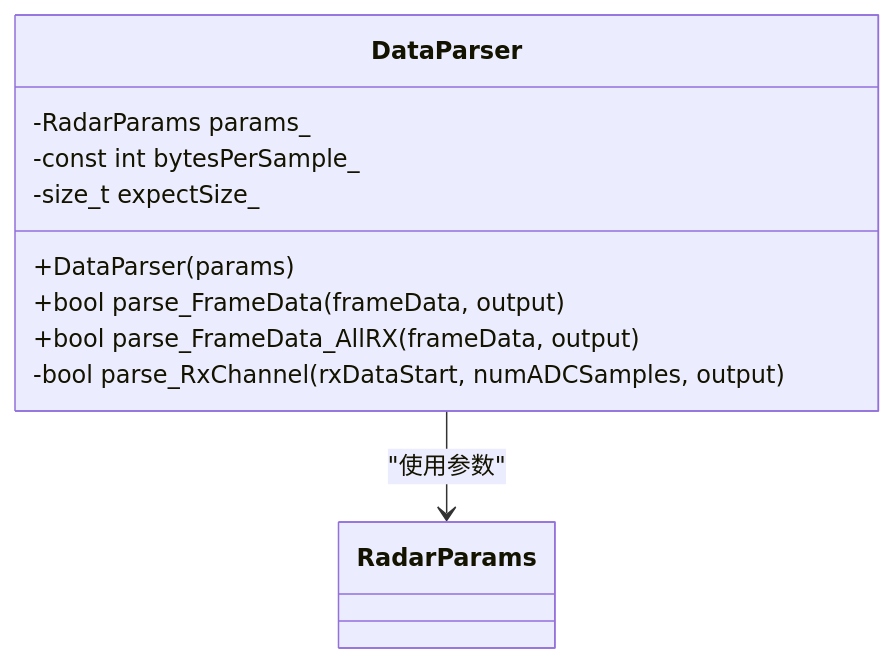
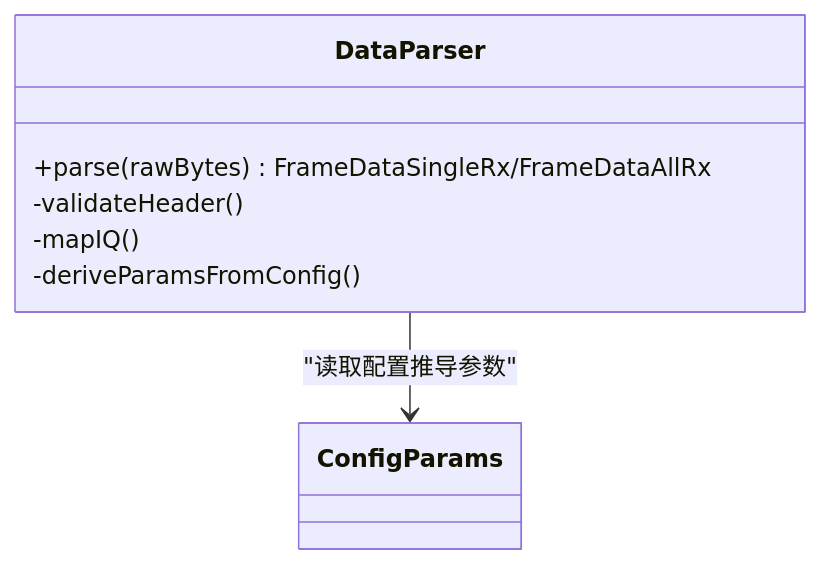
Before and after one commit to Lukad77/awr1843-radar-toolkit: the fifth of 7 diagrams in .qoder/repowiki/zh/content/实时处理流水线与数据流.md, drawn with Mermaid. The commit also changed other lines of this file and 106 other files, not shown here.

````diff
--- a/.qoder/repowiki/zh/content/实时处理流水线与数据流.md
+++ b/.qoder/repowiki/zh/content/实时处理流水线与数据流.md
@@ -308,14 +190,10 @@
 ```mermaid
 classDiagram
 class DataParser {
-+DataParser(params)
-+bool parse_FrameData(frameData, output)
-+bool parse_FrameData_AllRX(frameData, output)
--bool parse_RxChannel(rxDataStart, numADCSamples, output)
--RadarParams params_
--const int bytesPerSample_
--size_t expectSize_
++parse(rawBytes) FrameDataSingleRx/FrameDataAllRx
+-validateHeader()
+-mapIQ()
+-deriveParamsFromConfig()
 }
-class RadarParams
-DataParser --> RadarParams : "使用参数"
+DataParser --> ConfigParams : "读取配置推导参数"
 ```
````
